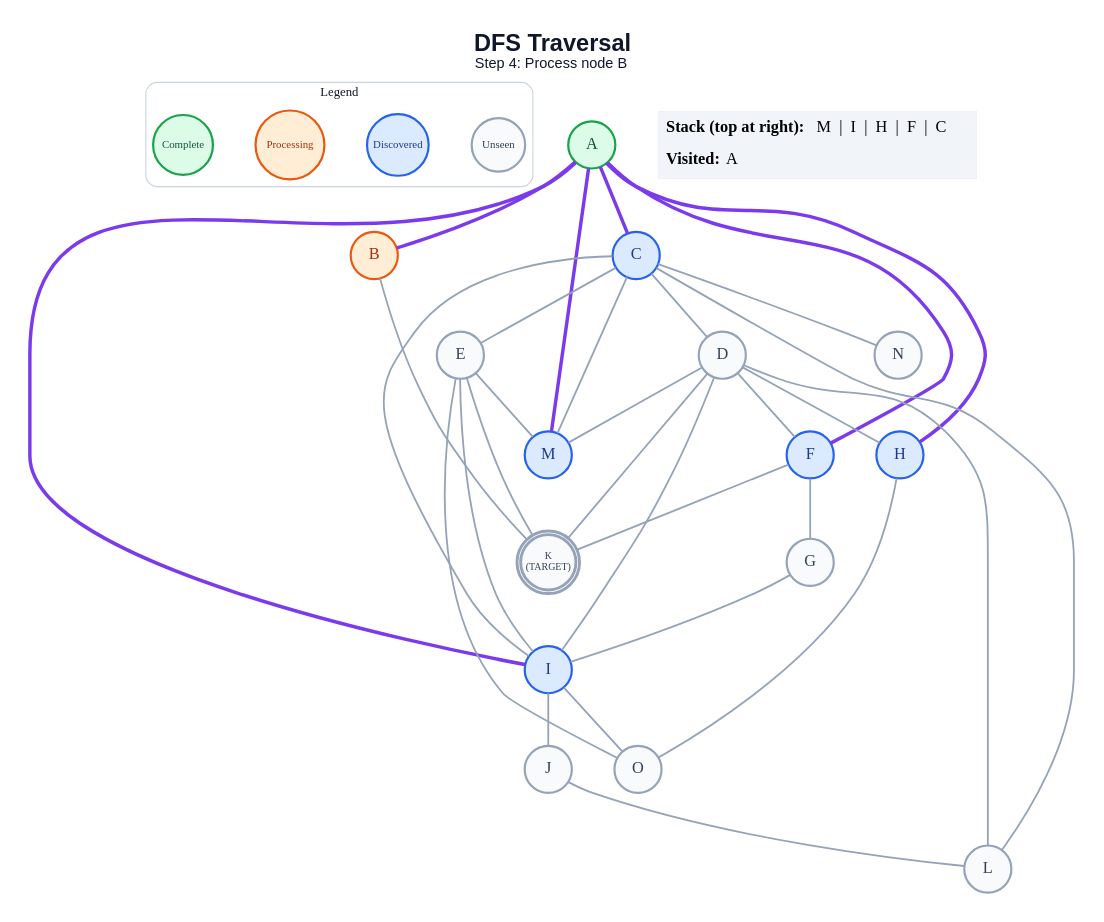
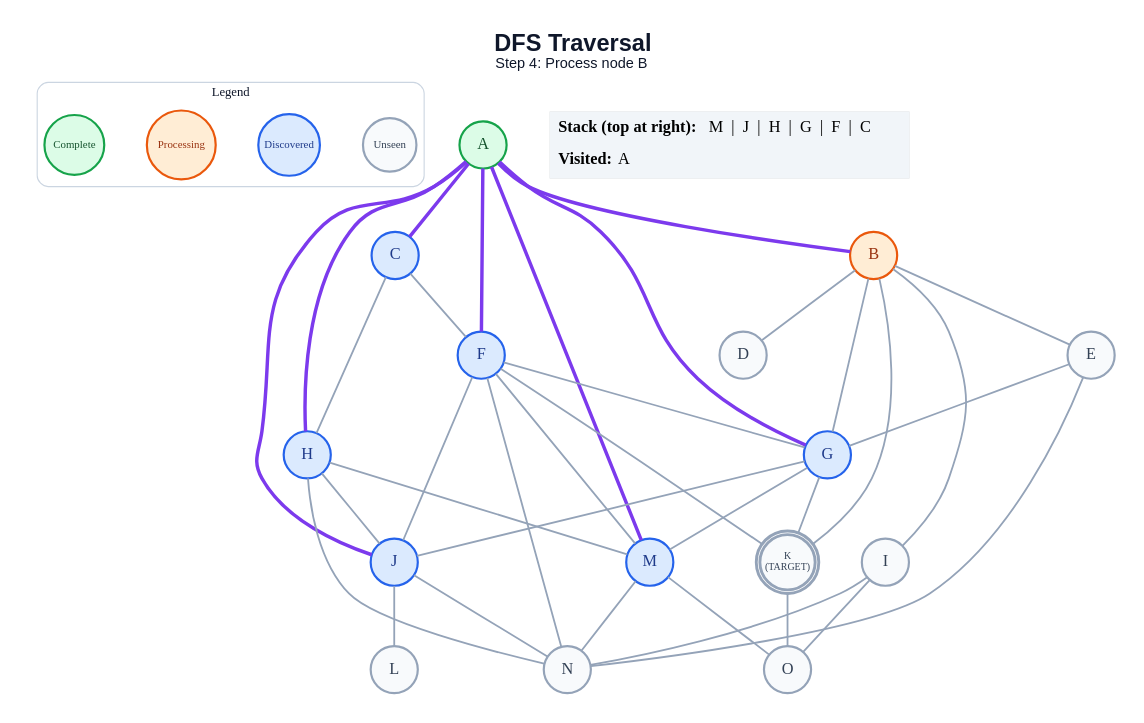
One commit to anon7238593-create/ai-slop changed the diagram in generated/dfs/step_04.dot. Above: the diagram before and after it, drawn with Graphviz. The commit also changed 217 other files, not shown here.

```diff
--- a/generated/dfs/step_04.dot
+++ b/generated/dfs/step_04.dot
@@ -1,64 +1,68 @@
 graph traversal {
   graph [layout=dot, rankdir=TB, bgcolor="#FFFFFF", pad="0.35", nodesep="0.65", ranksep="0.8", fontname="Arial"];
   node [shape=circle, style="filled", fontname="Arial Bold", fontsize=18, width=0.72, fixedsize=true, penwidth=2.4];
   edge [color="#94A3B8", penwidth=2.0];
   label=<<B>DFS Traversal</B><BR/><FONT POINT-SIZE="16">Step 4: Process node B</FONT>>; labelloc="t"; fontsize=26; fontname="Arial"; fontcolor="#0F172A";
   subgraph cluster_legend { label="Legend"; color="#CBD5E1"; penwidth=1.2; style="rounded"; fontsize=14; fontname="Arial Bold";
     key_unseen [label="Unseen", fillcolor="#F8FAFC", color="#94A3B8", fontcolor="#334155", fontsize=12, width=0.82];
     key_frontier [label="Discovered", fillcolor="#DBEAFE", color="#2563EB", fontcolor="#1E3A8A", fontsize=12, width=0.95];
     key_current [label="Processing", fillcolor="#FFEDD5", color="#EA580C", fontcolor="#9A3412", fontsize=12, width=1.05];
     key_done [label="Complete", fillcolor="#DCFCE7", color="#16A34A", fontcolor="#14532D", fontsize=12, width=0.92];
     { rank=same; key_unseen; key_frontier; key_current; key_done; }
   }
   A [label="A", fillcolor="#DCFCE7", color="#16A34A", fontcolor="#14532D", peripheries=1, penwidth=2.4];
   B [label="B", fillcolor="#FFEDD5", color="#EA580C", fontcolor="#9A3412", peripheries=1, penwidth=2.4];
   C [label="C", fillcolor="#DBEAFE", color="#2563EB", fontcolor="#1E3A8A", peripheries=1, penwidth=2.4];
   D [label="D", fillcolor="#F8FAFC", color="#94A3B8", fontcolor="#334155", peripheries=1, penwidth=2.4];
   E [label="E", fillcolor="#F8FAFC", color="#94A3B8", fontcolor="#334155", peripheries=1, penwidth=2.4];
   F [label="F", fillcolor="#DBEAFE", color="#2563EB", fontcolor="#1E3A8A", peripheries=1, penwidth=2.4];
-  G [label="G", fillcolor="#F8FAFC", color="#94A3B8", fontcolor="#334155", peripheries=1, penwidth=2.4];
+  G [label="G", fillcolor="#DBEAFE", color="#2563EB", fontcolor="#1E3A8A", peripheries=1, penwidth=2.4];
   H [label="H", fillcolor="#DBEAFE", color="#2563EB", fontcolor="#1E3A8A", peripheries=1, penwidth=2.4];
-  I [label="I", fillcolor="#DBEAFE", color="#2563EB", fontcolor="#1E3A8A", peripheries=1, penwidth=2.4];
-  J [label="J", fillcolor="#F8FAFC", color="#94A3B8", fontcolor="#334155", peripheries=1, penwidth=2.4];
+  I [label="I", fillcolor="#F8FAFC", color="#94A3B8", fontcolor="#334155", peripheries=1, penwidth=2.4];
+  J [label="J", fillcolor="#DBEAFE", color="#2563EB", fontcolor="#1E3A8A", peripheries=1, penwidth=2.4];
   K [label="K\n(TARGET)", fillcolor="#F8FAFC", color="#94A3B8", fontcolor="#334155", peripheries=2, penwidth=3.2, fontsize=11, width=0.85, height=0.85];
   L [label="L", fillcolor="#F8FAFC", color="#94A3B8", fontcolor="#334155", peripheries=1, penwidth=2.4];
   M [label="M", fillcolor="#DBEAFE", color="#2563EB", fontcolor="#1E3A8A", peripheries=1, penwidth=2.4];
   N [label="N", fillcolor="#F8FAFC", color="#94A3B8", fontcolor="#334155", peripheries=1, penwidth=2.4];
   O [label="O", fillcolor="#F8FAFC", color="#94A3B8", fontcolor="#334155", peripheries=1, penwidth=2.4];
   A -- B [color="#7C3AED", penwidth=3.8];
   A -- C [color="#7C3AED", penwidth=3.8];
   A -- F [color="#7C3AED", penwidth=3.8];
+  A -- G [color="#7C3AED", penwidth=3.8];
   A -- H [color="#7C3AED", penwidth=3.8];
-  A -- I [color="#7C3AED", penwidth=3.8];
+  A -- J [color="#7C3AED", penwidth=3.8];
   A -- M [color="#7C3AED", penwidth=3.8];
+  B -- D;
+  B -- E;
+  B -- G;
+  B -- I;
   B -- K;
-  C -- D;
-  C -- E;
-  C -- I;
-  C -- L;
-  C -- M;
-  C -- N;
-  D -- F;
-  D -- H;
-  D -- I;
-  D -- K;
-  D -- L;
-  D -- M;
-  E -- I;
-  E -- K;
-  E -- M;
-  E -- O;
+  C -- F;
+  C -- H;
+  E -- G;
+  E -- N;
   F -- G;
+  F -- J;
   F -- K;
-  G -- I;
-  H -- O;
-  I -- J;
+  F -- M;
+  F -- N;
+  G -- J;
+  G -- K;
+  G -- M;
+  H -- J;
+  H -- M;
+  H -- N;
+  I -- N;
   I -- O;
   J -- L;
+  J -- N;
+  K -- O;
+  M -- N;
+  M -- O;
   status [shape=plain, fixedsize=false, width=0, height=0, margin=0, label=<
     <TABLE BORDER="0" CELLBORDER="0" CELLPADDING="7" BGCOLOR="#F1F5F9">
-      <TR><TD ALIGN="LEFT"><B>Stack (top at right):</B> M  |  I  |  H  |  F  |  C</TD></TR>
+      <TR><TD ALIGN="LEFT"><B>Stack (top at right):</B> M  |  J  |  H  |  G  |  F  |  C</TD></TR>
       <TR><TD ALIGN="LEFT"><B>Visited:</B> A</TD></TR>
     </TABLE>
   >];
 }
```
